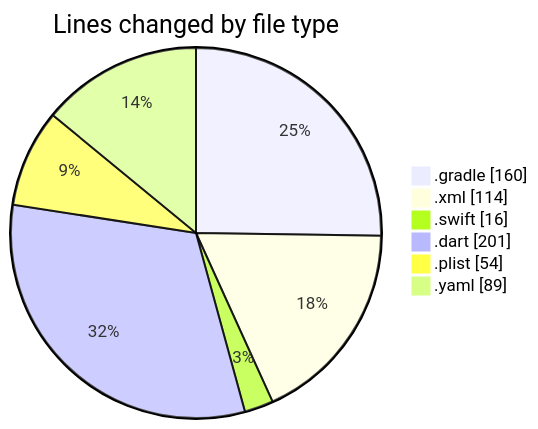
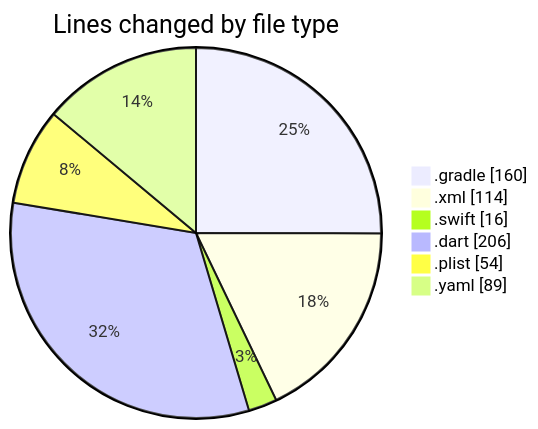
One commit to donsfak/code-tracking changed the first of 2 diagrams in 2025-01-01/uber_clone/README.md. Above: the diagram before and after it, drawn with Mermaid. The commit also changed other lines of this file and 1 other file, not shown here.

````diff
--- a/2025-01-01/uber_clone/README.md
+++ b/2025-01-01/uber_clone/README.md
@@ -28,10 +28,10 @@
 ```mermaid
 pie showData
 title Lines changed by file type
 ".gradle" : 160
 ".xml" : 114
 ".swift" : 16
-".dart" : 201
+".dart" : 206
 ".plist" : 54
 ".yaml" : 89
 ```
````
